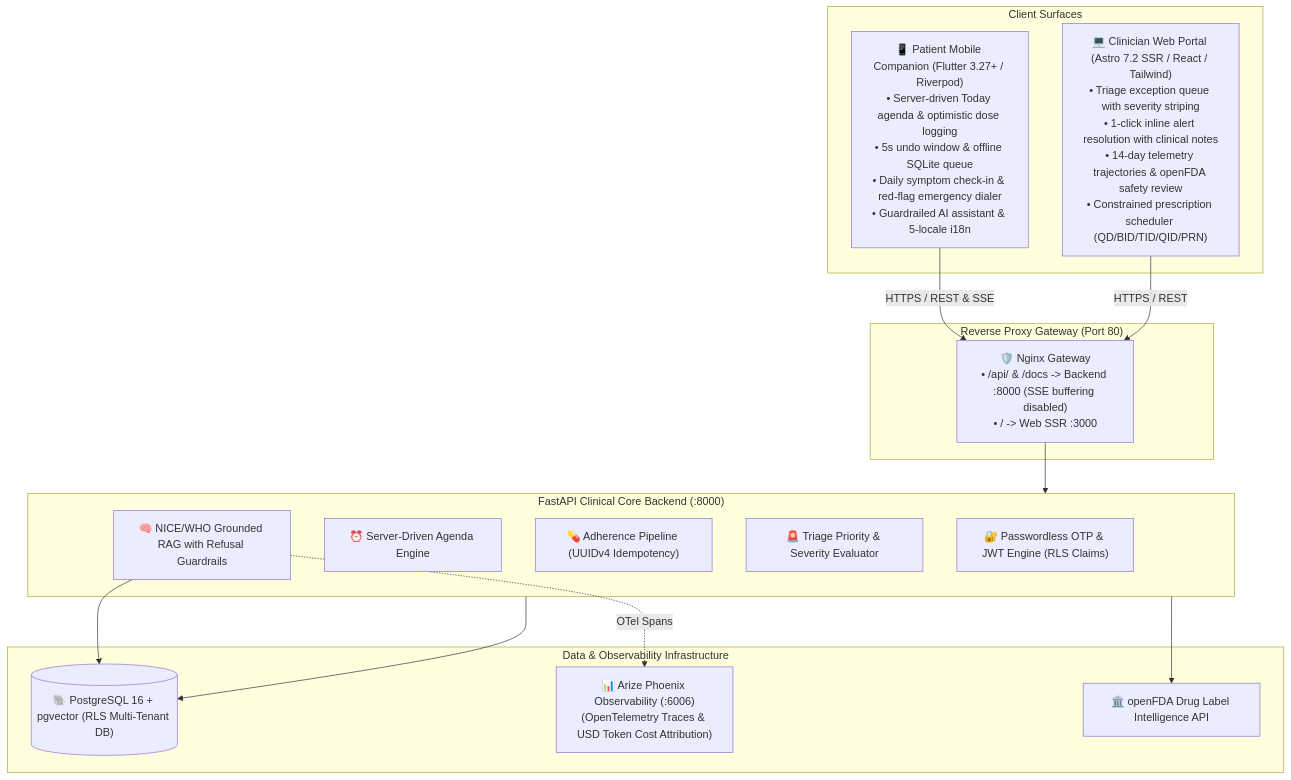
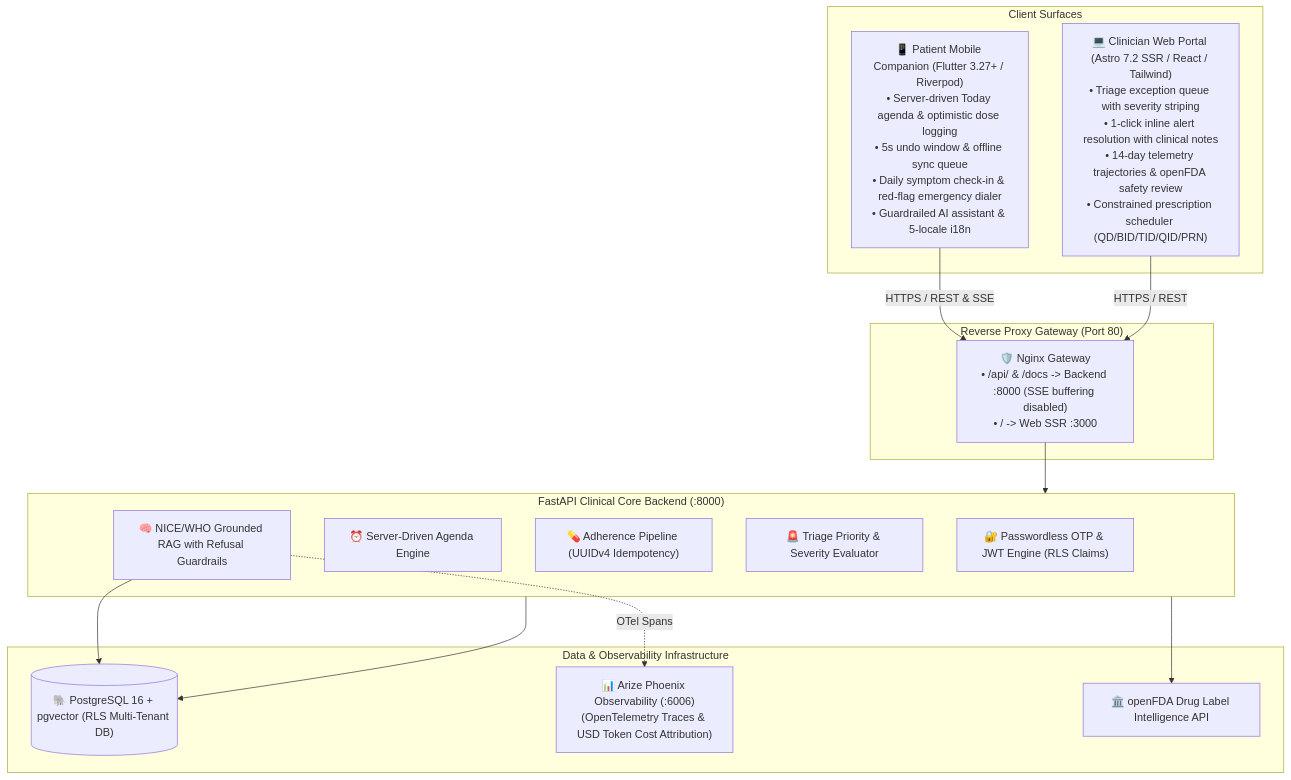
The diagram in README.md (FlaviusBurghilaOPIT/uep2026), drawn with Mermaid before and after one commit. The commit also changed other lines of this file and 33 other files, not shown here.

````diff
--- a/README.md
+++ b/README.md
@@ -58,33 +55,33 @@
 ```mermaid
 flowchart TB
     subgraph Clients["Client Surfaces"]
-        Mobile["📱 Patient Mobile Companion (Flutter 3.27+ / Riverpod)\n• Server-driven Today agenda & optimistic dose logging\n• 5s undo window & offline SQLite queue\n• Daily symptom check-in & red-flag emergency dialer\n• Guardrailed AI assistant & 5-locale i18n"]
+        Mobile["📱 Patient Mobile Companion (Flutter 3.27+ / Riverpod)\n• Server-driven Today agenda & optimistic dose logging\n• 5s undo window & offline sync queue\n• Daily symptom check-in & red-flag emergency dialer\n• Guardrailed AI assistant & 5-locale i18n"]
         Web["💻 Clinician Web Portal (Astro 7.2 SSR / React / Tailwind)\n• Triage exception queue with severity striping\n• 1-click inline alert resolution with clinical notes\n• 14-day telemetry trajectories & openFDA safety review\n• Constrained prescription scheduler (QD/BID/TID/QID/PRN)"]
     end
 
     subgraph Gateway["Reverse Proxy Gateway (Port 80)"]
         Nginx["🛡️ Nginx Gateway\n• /api/ & /docs -> Backend :8000 (SSE buffering disabled)\n• / -> Web SSR :3000"]
     end
 
     subgraph BackendCore["FastAPI Clinical Core Backend (:8000)"]
         Auth["🔐 Passwordless OTP & JWT Engine (RLS Claims)"]
         Agenda["⏰ Server-Driven Agenda Engine"]
         Adherence["💊 Adherence Pipeline (UUIDv4 Idempotency)"]
         Triage["🚨 Triage Priority & Severity Evaluator"]
         RAG["🧠 NICE/WHO Grounded RAG with Refusal Guardrails"]
     end
 
     subgraph DataStorage["Data & Observability Infrastructure"]
         Postgres[("🐘 PostgreSQL 16 + pgvector (RLS Multi-Tenant DB)")]
         Phoenix["📊 Arize Phoenix Observability (:6006)\n(OpenTelemetry Traces & USD Token Cost Attribution)"]
         FDA["🏛️ openFDA Drug Label Intelligence API"]
     end
 
     Mobile -->|HTTPS / REST & SSE| Nginx
     Web -->|HTTPS / REST| Nginx
     Nginx --> BackendCore
     BackendCore --> Postgres
     RAG --> Postgres
     BackendCore --> FDA
     RAG -.->|OTel Spans| Phoenix
 ```
````
